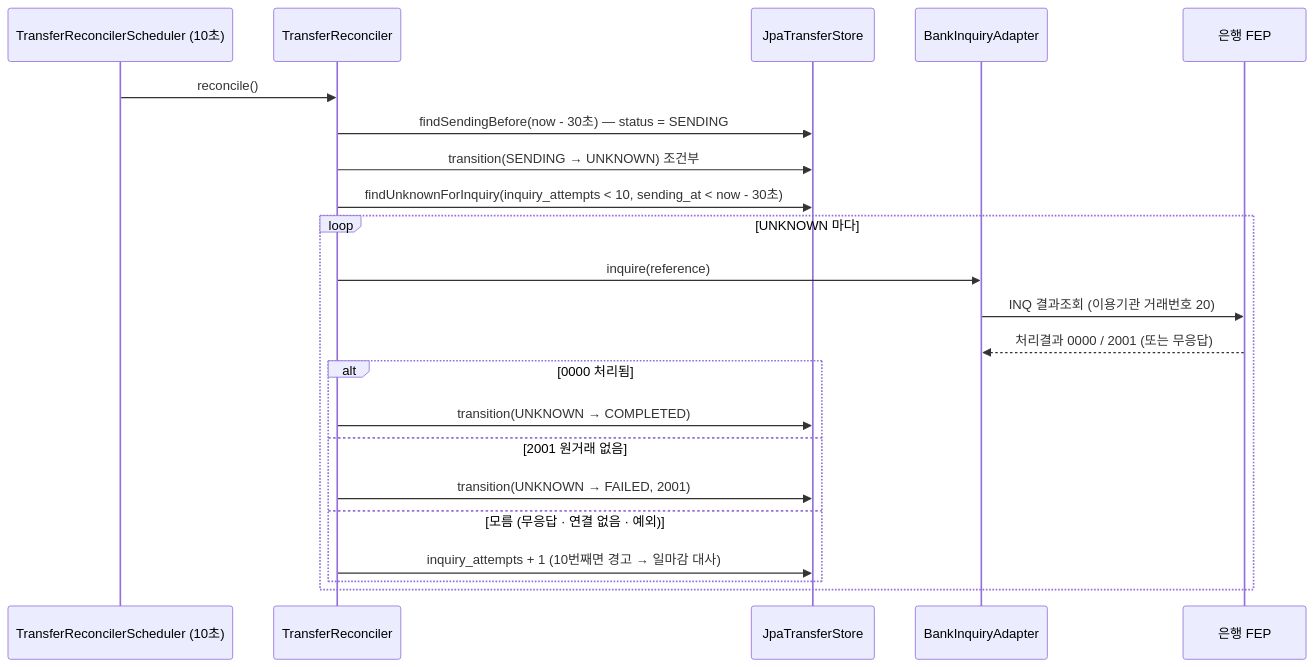
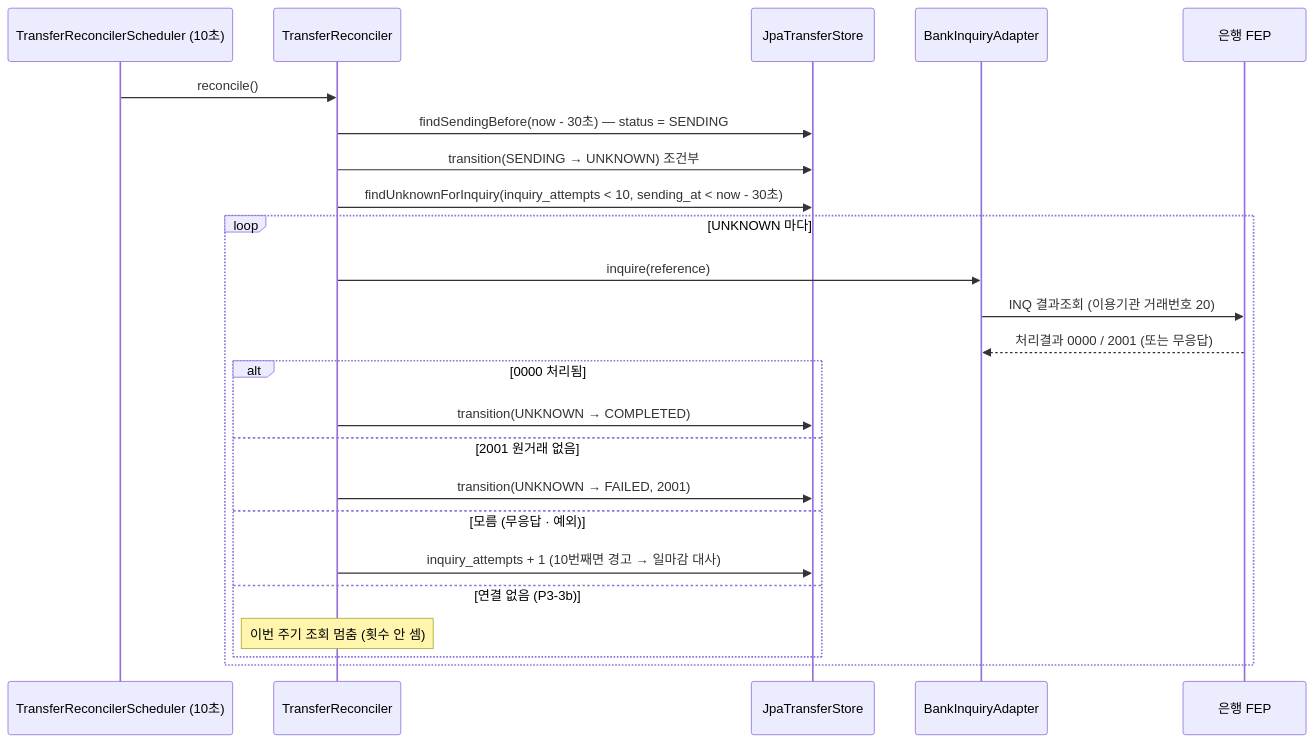
The fourth of 5 diagrams in ARCHITECTURE.md (hyeokjinON/bank-transfer), drawn with Mermaid before and after one commit. The commit also changed other lines of this file and 16 other files, not shown here.

````diff
--- a/ARCHITECTURE.md
+++ b/ARCHITECTURE.md
@@ -177,24 +179,26 @@
 ```mermaid
 sequenceDiagram
     participant S as TransferReconcilerScheduler (10초)
     participant R as TransferReconciler
     participant D as JpaTransferStore
     participant A as BankInquiryAdapter
     participant B as 은행 FEP
     S->>R: reconcile()
     R->>D: findSendingBefore(now - 30초) — status = SENDING
     R->>D: transition(SENDING → UNKNOWN) 조건부
     R->>D: findUnknownForInquiry(inquiry_attempts < 10, sending_at < now - 30초)
     loop UNKNOWN 마다
         R->>A: inquire(reference)
         A->>B: INQ 결과조회 (이용기관 거래번호 20)
         B-->>A: 처리결과 0000 / 2001 (또는 무응답)
         alt 0000 처리됨
             R->>D: transition(UNKNOWN → COMPLETED)
         else 2001 원거래 없음
             R->>D: transition(UNKNOWN → FAILED, 2001)
-        else 모름 (무응답 · 연결 없음 · 예외)
+        else 모름 (무응답 · 예외)
             R->>D: inquiry_attempts + 1 (10번째면 경고 → 일마감 대사)
+        else 연결 없음 (P3-3b)
+            Note over R: 이번 주기 조회 멈춤 (횟수 안 셈)
         end
     end
 ```
````
